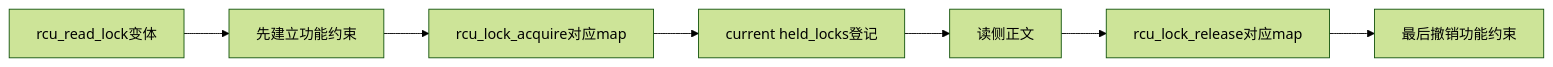
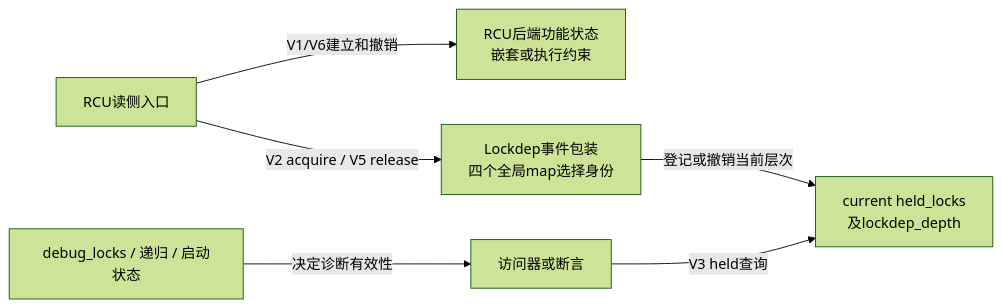
The first of 3 diagrams in research/source_reading/rcu/navigation/P12_Linux_6.12_RCU_Lockdep适配模块源码概念导读.md (FormingSystem/linux_note), drawn with Mermaid (forest theme) before and after one commit. The commit also changed other lines of this file and 1 other file, not shown here.

First line of the commit message:
content(rcu/navigation): 校正检查适配的时序与证明边界

````diff
--- a/research/source_reading/rcu/navigation/P12_Linux_6.12_RCU_Lockdep适配模块源码概念导读.md
+++ b/research/source_reading/rcu/navigation/P12_Linux_6.12_RCU_Lockdep适配模块源码概念导读.md
@@ -72,9 +83,8 @@
 ```mermaid
 flowchart LR
-    A["rcu_read_lock变体"] --> B["先建立功能约束"]
-    B --> C["rcu_lock_acquire对应map"]
-    C --> D["current held_locks登记"]
-    D --> E["读侧正文"]
-    E --> F["rcu_lock_release对应map"]
-    F --> G["最后撤销功能约束"]
+    A["RCU读侧入口"] -->|"V1/V6建立和撤销"| B["RCU后端功能状态<br/>嵌套或执行约束"]
+    A -->|"V2 acquire / V5 release"| C["Lockdep事件包装<br/>四个全局map选择身份"]
+    C -->|"登记或撤销当前层次"| D["current held_locks<br/>及lockdep_depth"]
+    E["访问器或断言"] -->|"V3 held查询"| D
+    F["debug_locks / 递归 / 启动状态"] -->|"决定诊断有效性"| E
 ```
````
